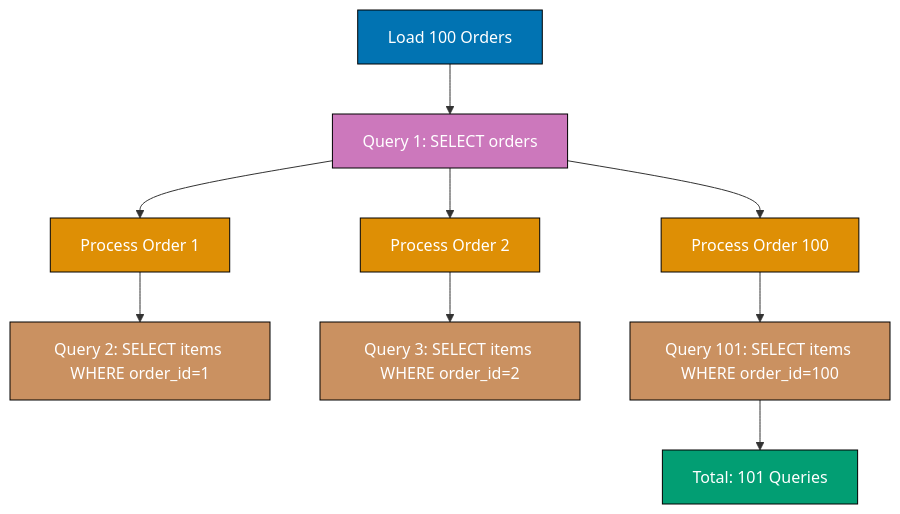
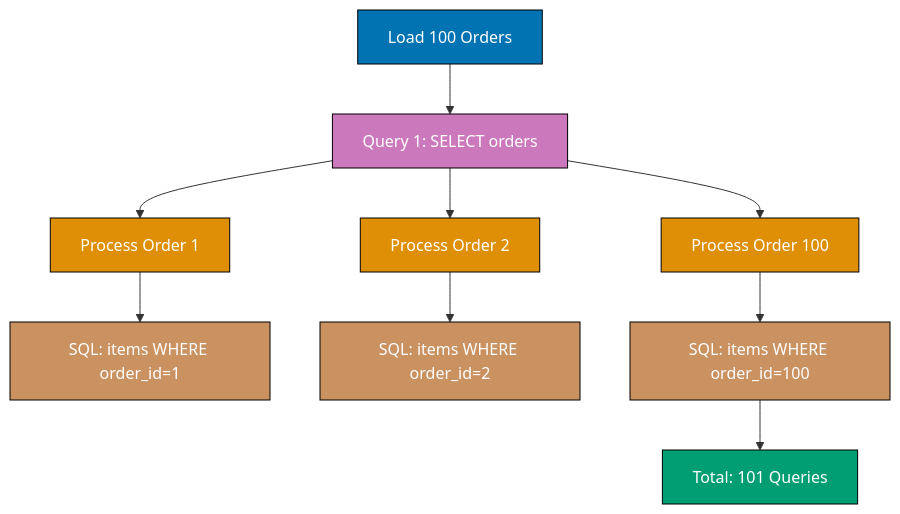
Before and after one commit to wahidyankf/open-sharia-enterprise: the eighth of 12 diagrams in apps/ayokoding-web/content/en/learn/software-engineering/data/tools/spring-data-jpa/by-example/intermediate.md, drawn with Mermaid. The commit also changed 16 other files, not shown here.

First line of the commit message:
fix(content): fix 46 pre-existing Mermaid violations in tutorial files

````diff
--- a/apps/ayokoding-web/content/en/learn/software-engineering/data/tools/spring-data-jpa/by-example/intermediate.md
+++ b/apps/ayokoding-web/content/en/learn/software-engineering/data/tools/spring-data-jpa/by-example/intermediate.md
@@ -1336,22 +1336,22 @@
 ```mermaid
 %% N+1 problem visualization
 graph TD
     A[Load 100 Orders] --> B[Query 1: SELECT orders]
     B --> C[Process Order 1]
-    C --> D[Query 2: SELECT items WHERE order_id=1]
+    C --> D[SQL: items WHERE order_id=1]
     B --> E[Process Order 2]
-    E --> F[Query 3: SELECT items WHERE order_id=2]
+    E --> F[SQL: items WHERE order_id=2]
     B --> G[Process Order 100]
-    G --> H[Query 101: SELECT items WHERE order_id=100]
+    G --> H[SQL: items WHERE order_id=100]
     H --> I[Total: 101 Queries]
 
     style A fill:#0173B2,stroke:#000,color:#fff
     style B fill:#CC78BC,stroke:#000,color:#fff
     style C fill:#DE8F05,stroke:#000,color:#fff
     style D fill:#CA9161,stroke:#000,color:#fff
     style E fill:#DE8F05,stroke:#000,color:#fff
     style F fill:#CA9161,stroke:#000,color:#fff
     style G fill:#DE8F05,stroke:#000,color:#fff
     style H fill:#CA9161,stroke:#000,color:#fff
     style I fill:#029E73,stroke:#000,color:#fff
 ```
````
